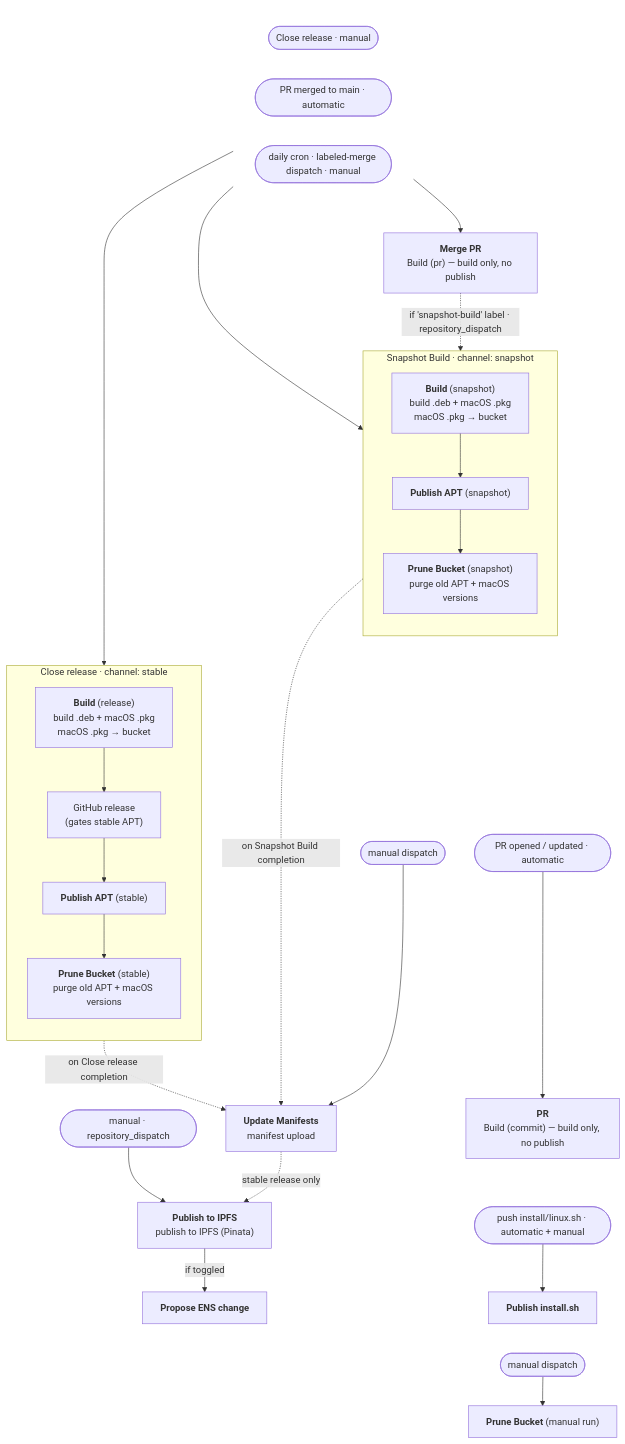
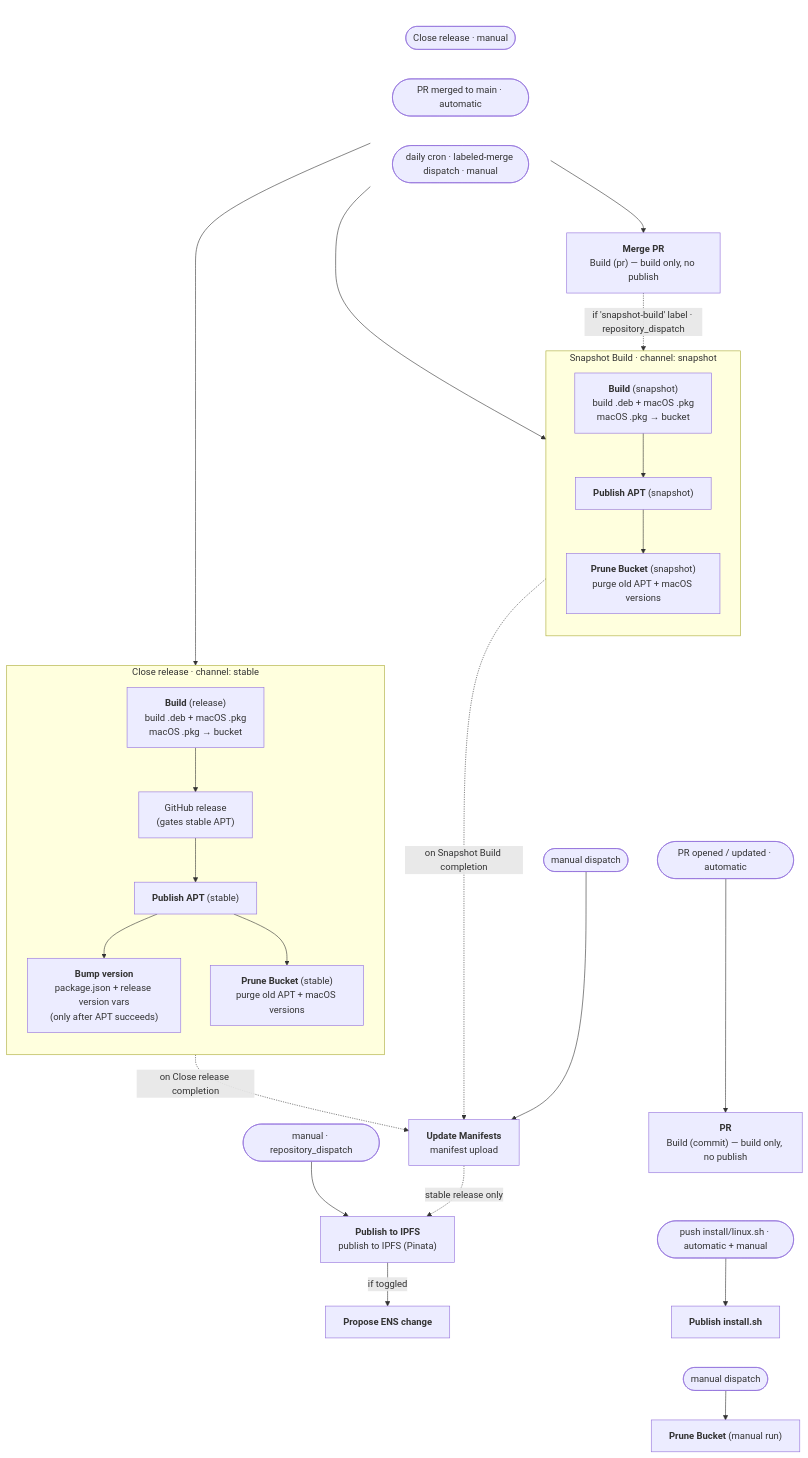
Before and after one commit to gnosis/gnosis_vpn: the diagram in README.md, drawn with Mermaid. The commit also changed other lines of this file and 7 other files, not shown here.

````diff
--- a/README.md
+++ b/README.md
@@ -312,57 +315,58 @@
 ```mermaid
 flowchart TD
     %% ---------------- Layout only: keep the three entry triggers on one row at the top ----------------
     %% A transparent subgraph laid out left-to-right pins its members to a single rank,
     %% regardless of how deep each trigger's downstream chain runs.
     subgraph TRIG[" "]
       direction LR
       trRel([Close release · manual])
       trMerge([PR merged to main · automatic])
       trSnap([daily cron · labeled-merge dispatch · manual])
     end
     style TRIG fill:transparent,stroke:transparent
 
     %% ---------------- Dev builds (no publish) ----------------
     trMerge --> MERGE["<b>Merge PR</b><br/>Build (pr) — build only, no publish"]
     MERGE -. "if 'snapshot-build' label · repository_dispatch" .-> NBUILD
 
     %% ---------------- Stable channel ----------------
     trRel --> SBUILD
     subgraph S["Close release · channel: stable"]
       direction TB
       SBUILD["<b>Build</b> (release)<br/>build .deb + macOS .pkg<br/>macOS .pkg → bucket"] --> SGH["GitHub release<br/>(gates stable APT)"]
       SGH --> SAPT["<b>Publish APT</b> (stable)"]
+      SAPT --> SBUMP["<b>Bump version</b><br/>package.json + release version vars<br/>(only after APT succeeds)"]
       SAPT --> SPRUNE["<b>Prune Bucket</b> (stable)<br/>purge old APT + macOS versions"]
     end
 
     %% ---------------- Snapshot channel ----------------
     trSnap --> NBUILD
     subgraph N["Snapshot Build · channel: snapshot"]
       direction TB
       NBUILD["<b>Build</b> (snapshot)<br/>build .deb + macOS .pkg<br/>macOS .pkg → bucket"] --> NAPT["<b>Publish APT</b> (snapshot)"]
       NAPT --> NPRUNE["<b>Prune Bucket</b> (snapshot)<br/>purge old APT + macOS versions"]
     end
 
     %% ---------------- Manifests → IPFS → ENS ----------------
     SPRUNE -. "on Close release completion" .-> MAN
     NPRUNE -. "on Snapshot Build completion" .-> MAN
     trMan([manual dispatch]) --> MAN["<b>Update Manifests</b><br/>manifest upload"]
     MAN -. "stable release only" .-> IPFS["<b>Publish to IPFS</b><br/>publish to IPFS (Pinata)"]
     trIpfs([manual · repository_dispatch]) --> IPFS
     IPFS -->|if toggled| ENS["<b>Propose ENS change</b>"]
 
     %% ---------------- Far-right column: PR build + standalone publishers ----------------
     trPR([PR opened / updated · automatic]) --> PR["<b>PR</b><br/>Build (commit) — build only, no publish"]
     trPush([push install/linux.sh · automatic + manual]) --> INSTALL["<b>Publish install.sh</b>"]
     trPruneM([manual dispatch]) --> PRUNEM["<b>Prune Bucket</b> (manual run)"]
 
     %% ---------------- Layout only: invisible links (~~~), no semantic meaning ----------------
     %% manifests group sits below the snapshot group
     NPRUNE ~~~ trMan
     %% attach the standalone column to the snapshot group's right so it packs far right,
     %% declared after trMan so it biases to the right of the manifests column
     NPRUNE ~~~ trPR
     %% stack the far-right column (PR build → install.sh → manual prune) top-to-bottom
     PR ~~~ trPush
     INSTALL ~~~ trPruneM
 ```
````
